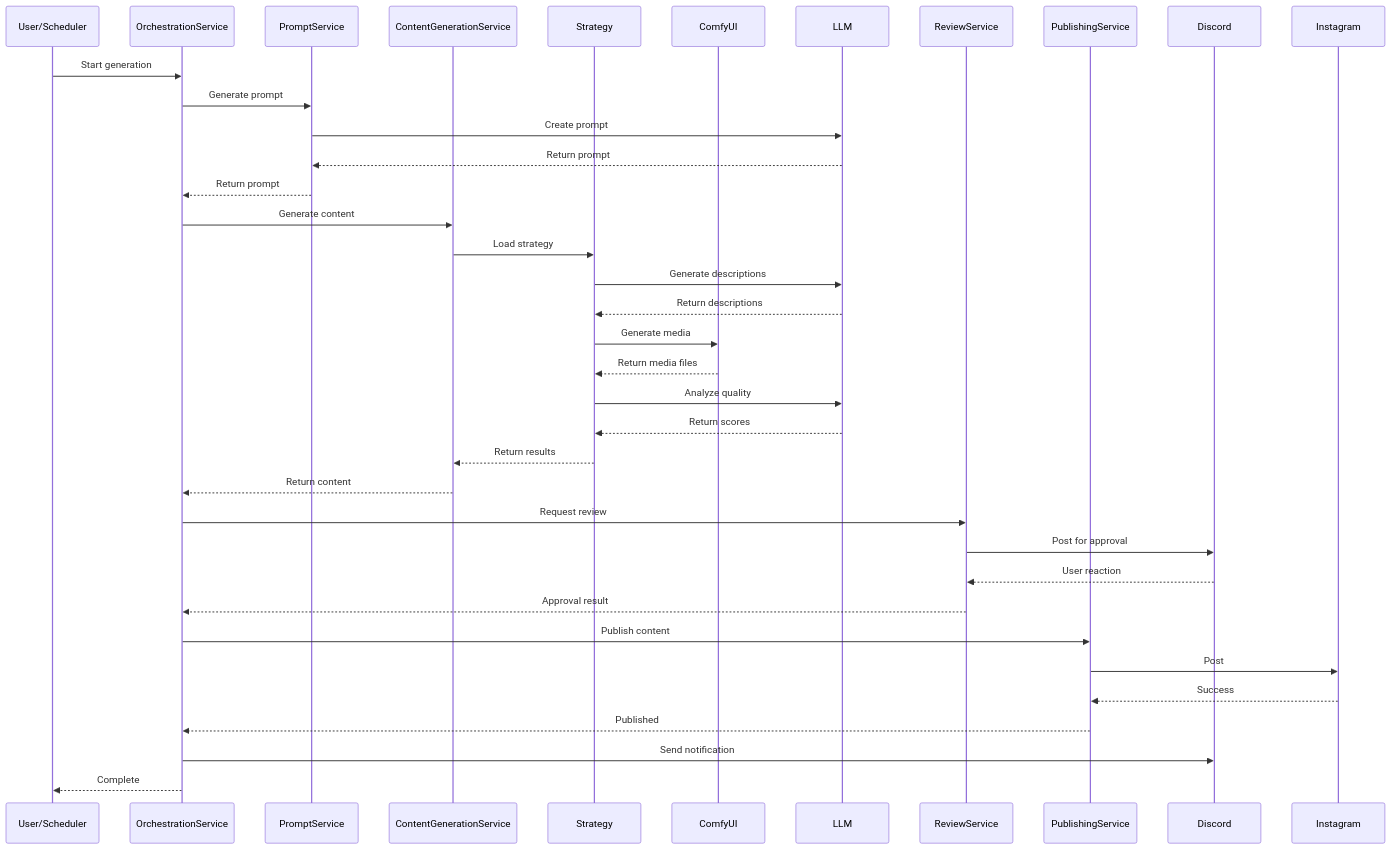
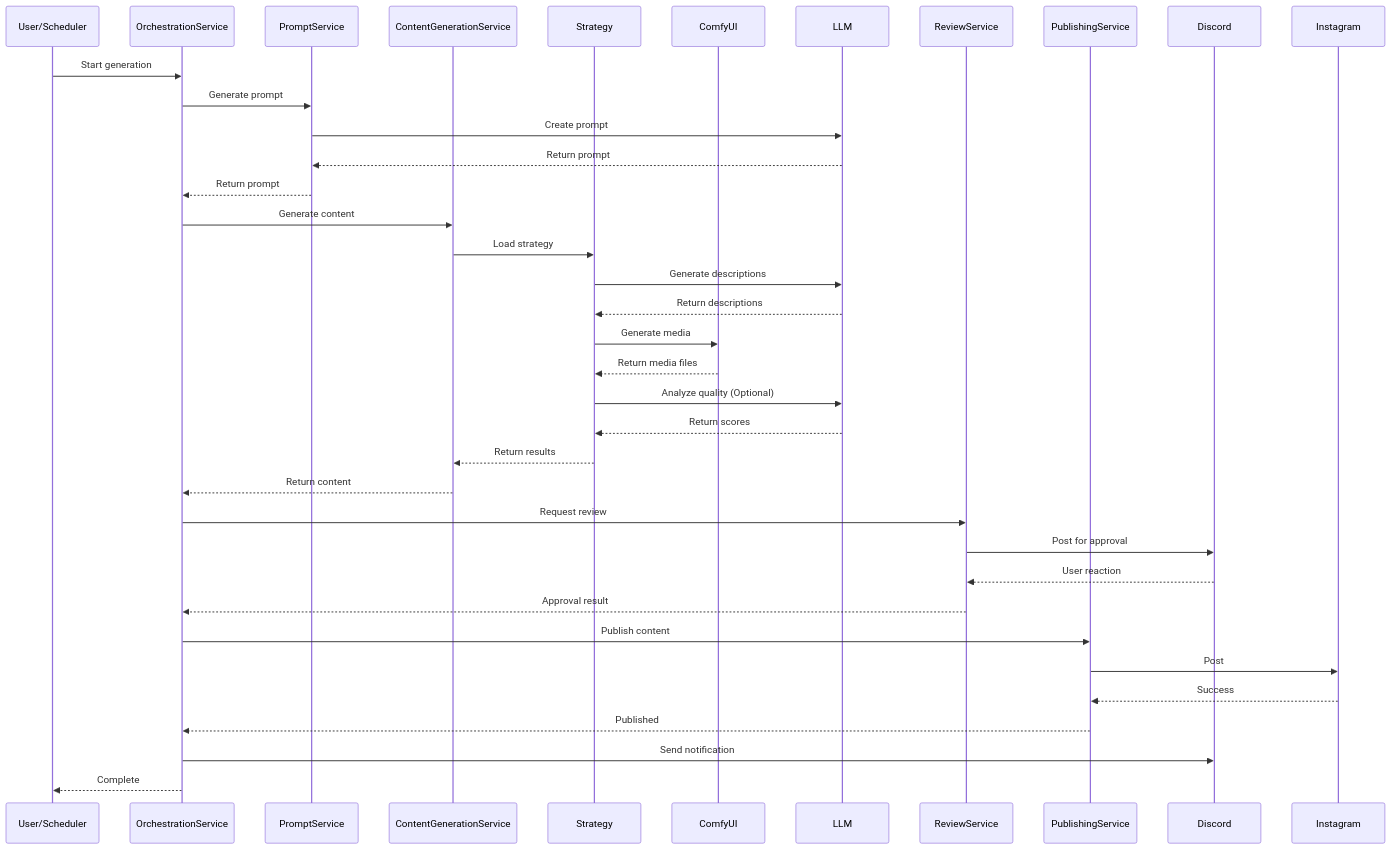
Before and after one commit to jaesm14774/mediaoverload: the diagram in docs/architecture.md, drawn with Mermaid. The commit also changed other lines of this file and 23 other files, not shown here.

````diff
--- a/docs/architecture.md
+++ b/docs/architecture.md
@@ -190,42 +122,42 @@
 ```mermaid
 sequenceDiagram
     participant U as User/Scheduler
     participant O as OrchestrationService
     participant P as PromptService
     participant C as ContentGenerationService
     participant S as Strategy
     participant ComfyUI
     participant LLM
     participant R as ReviewService
     participant Pub as PublishingService
 
     U->>O: Start generation
     O->>P: Generate prompt
     P->>LLM: Create prompt
     LLM-->>P: Return prompt
     P-->>O: Return prompt
 
     O->>C: Generate content
     C->>S: Load strategy
     S->>LLM: Generate descriptions
     LLM-->>S: Return descriptions
     S->>ComfyUI: Generate media
     ComfyUI-->>S: Return media files
-    S->>LLM: Analyze quality
+    S->>LLM: Analyze quality (Optional)
     LLM-->>S: Return scores
     S-->>C: Return results
     C-->>O: Return content
 
     O->>R: Request review
     R->>Discord: Post for approval
     Discord-->>R: User reaction
     R-->>O: Approval result
 
     O->>Pub: Publish content
     Pub->>Instagram: Post
     Instagram-->>Pub: Success
     Pub-->>O: Published
 
     O->>Discord: Send notification
     O-->>U: Complete
 ```
````
